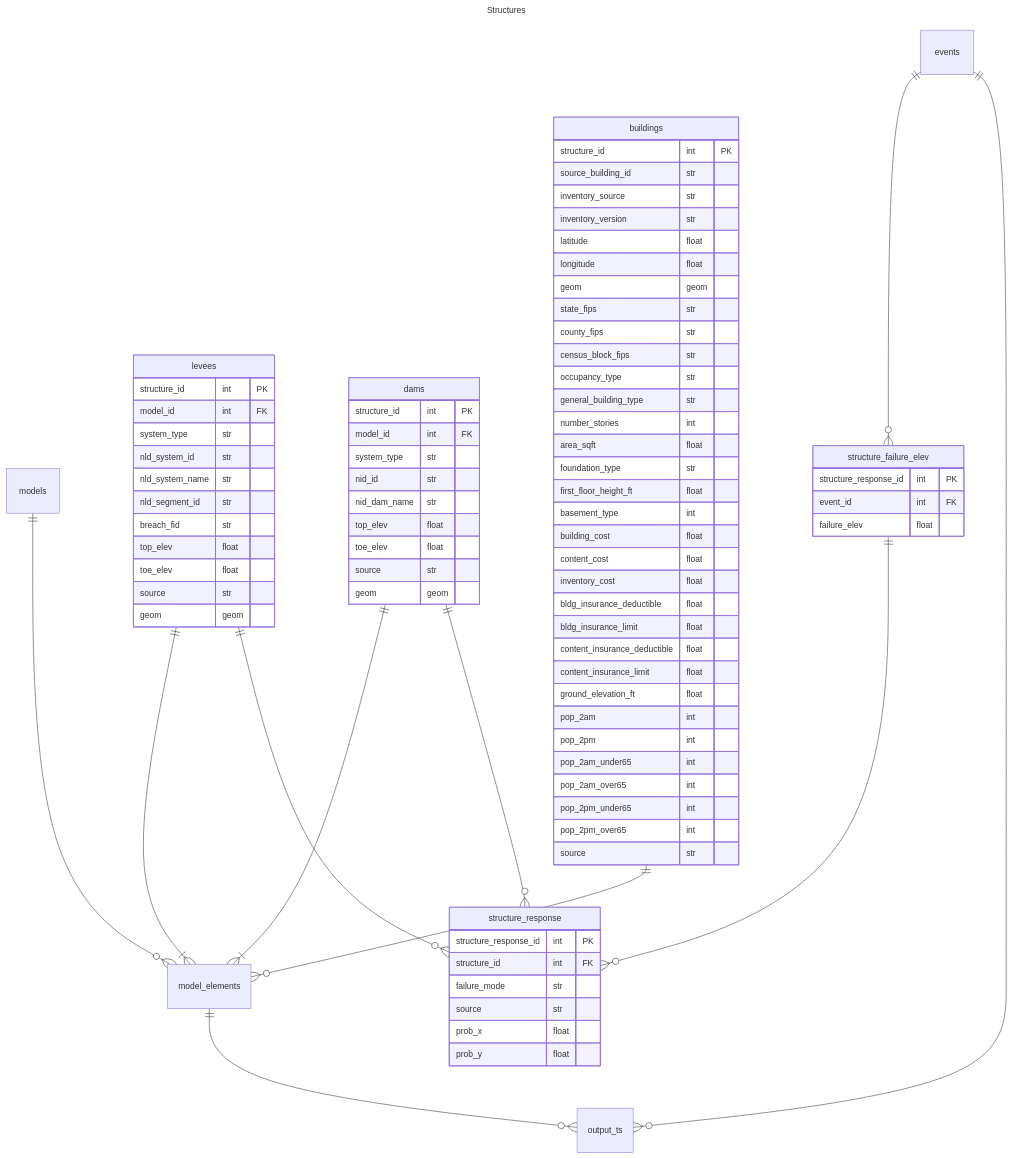
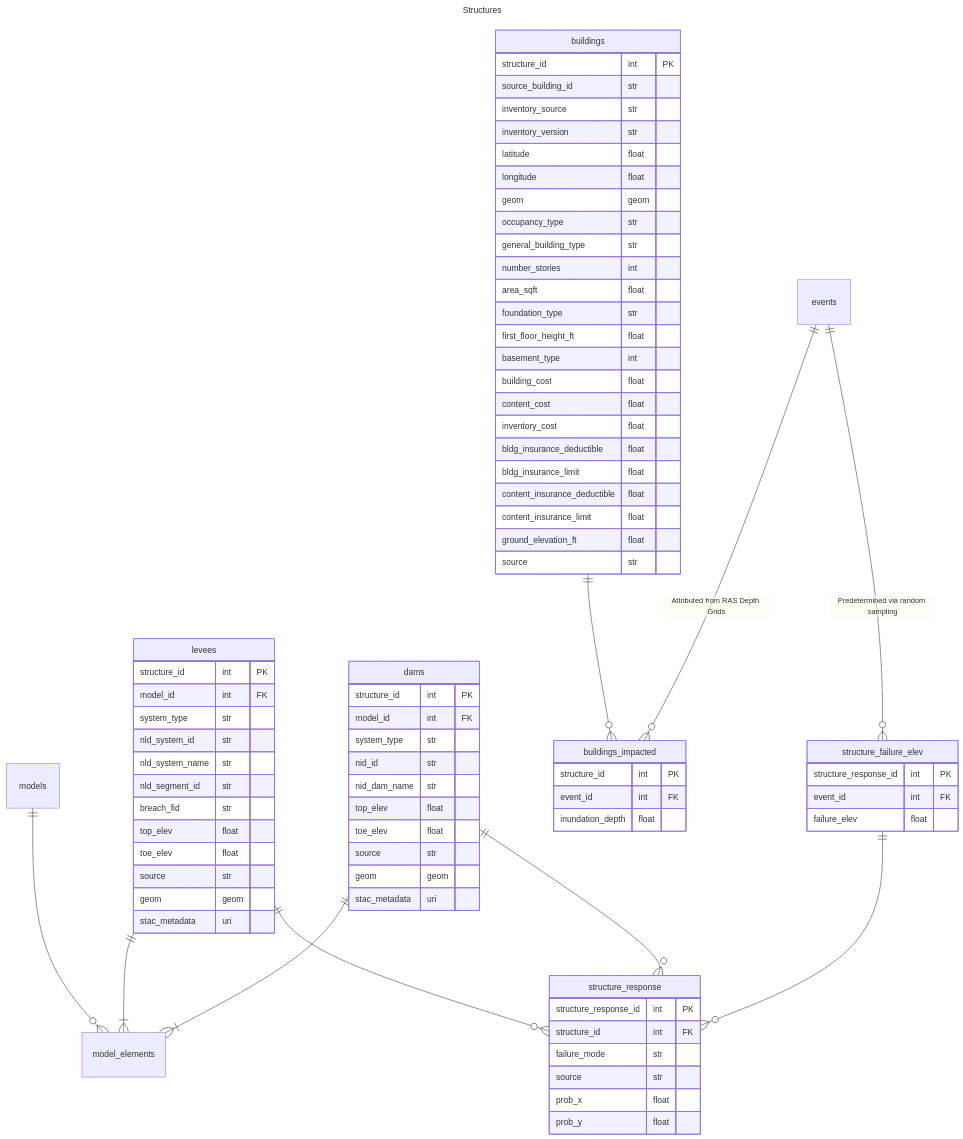
Before and after one commit to fema-ffrd/ffrd-data-model: the diagram in rdb/structures.mmd, drawn with Mermaid. The commit also changed 25 other files, not shown here.

```diff
--- a/rdb/structures.mmd
+++ b/rdb/structures.mmd
@@ -1,96 +1,89 @@
 ---
 title: Structures
 ---
 
 erDiagram
 
     models ||--o{ model_elements : ""
-    events ||--o{ output_ts : ""
     levees ||--o{ structure_response :""
     levees ||--|{ model_elements : ""
     dams ||--o{ structure_response : ""
     dams ||--|{ model_elements : ""
-    buildings ||--o{ model_elements : ""
-    model_elements ||--o{ output_ts : ""
-    events ||--o{ structure_failure_elev : ""
+
+    events ||--o{ structure_failure_elev : "Predetermined via random sampling"
+    events ||--o{ buildings_impacted : "Attributed from RAS Depth Grids"
+    buildings ||--o{ buildings_impacted : ""
     structure_failure_elev ||--o{ structure_response : ""
 
-    events {
-    }
-    models{
-    }
-    model_elements {
-    }
 
     levees {
         structure_id int PK
         model_id int FK
         system_type str
         nld_system_id str
         nld_system_name str
         nld_segment_id str
         breach_fid str
         top_elev float
         toe_elev float
         source str
         geom geom
+        stac_metadata uri
     }
     dams {
         structure_id int PK
         model_id int FK
         system_type str
         nid_id str
         nid_dam_name str
         top_elev float
         toe_elev float
         source str
         geom geom
+        stac_metadata uri
     }
     structure_response {
         structure_response_id int PK
         structure_id int FK
         failure_mode str
         source str
         prob_x float
         prob_y float
     }
     structure_failure_elev {
         structure_response_id int PK
         event_id int FK
         failure_elev float
     }
 
     buildings {
         structure_id int PK
         source_building_id str
         inventory_source str
         inventory_version str
         latitude float
         longitude float
         geom geom
-        state_fips str
-        county_fips str
-        census_block_fips str
         occupancy_type str
         general_building_type str
         number_stories int
         area_sqft float
         foundation_type str
         first_floor_height_ft float
         basement_type int
         building_cost float
         content_cost float
         inventory_cost float
         bldg_insurance_deductible float
         bldg_insurance_limit float
         content_insurance_deductible float
         content_insurance_limit float
         ground_elevation_ft float
-        pop_2am int
-        pop_2pm int
-        pop_2am_under65 int
-        pop_2am_over65 int
-        pop_2pm_under65 int
-        pop_2pm_over65 int
         source str
     }
+
+    buildings_impacted {
+        structure_id int PK
+        event_id int FK
+        inundation_depth float
+    }
```
